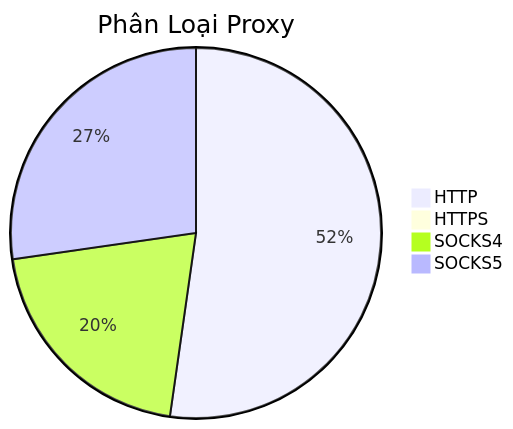
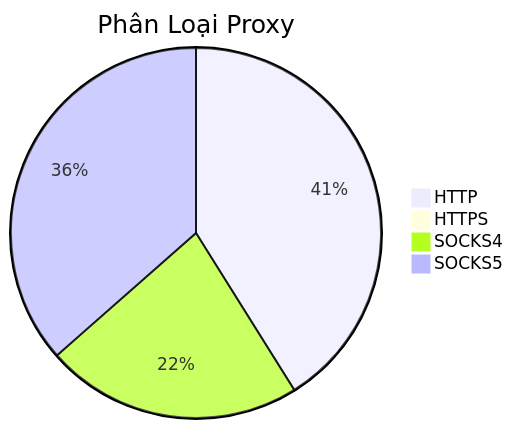
One commit to Ciara-12/PROXY-free changed the diagram in README.md. Above: the diagram before and after it, drawn with Mermaid. The commit also changed other lines of this file and 3 other files, not shown here.

````diff
--- a/README.md
+++ b/README.md
@@ -26,7 +26,7 @@
 ```mermaid
 pie title Phân Loại Proxy
-    "HTTP" : 778
+    "HTTP" : 517
     "HTTPS" : 0
-    "SOCKS4" : 305
-    "SOCKS5" : 406
+    "SOCKS4" : 282
+    "SOCKS5" : 459
 ```
````
